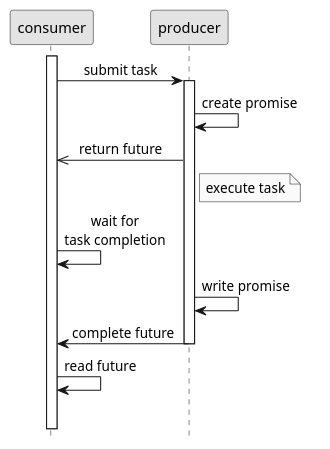
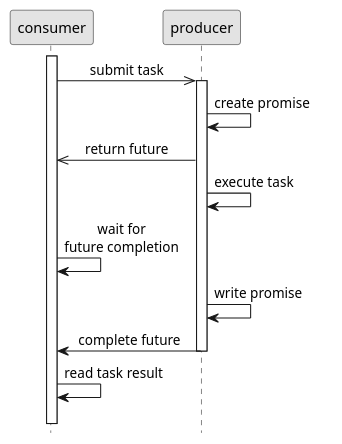
The diagram in doc/future and promise.puml (ti-cortex-m4/demo-java-completablefuture), drawn with PlantUML before and after one commit.

```diff
--- a/doc/future and promise.puml
+++ b/doc/future and promise.puml
@@ -1,22 +1,22 @@
 @startuml
 hide footbox
 skinparam monochrome true
 skinparam defaultFontName Source Sans Pro
 skinparam titleFontSize 15
 skinparam sequenceMessageAlign center
 
 activate consumer
-consumer->producer: submit task
+consumer->>producer: submit task
 activate producer
 producer->producer: create promise
 producer->>consumer: return future
-Note right of producer: execute task
-consumer->consumer: wait for\ntask completion
+producer->producer: execute task
+consumer->consumer: wait for\nfuture completion
 producer->producer: write promise
 producer->consumer: complete future
 deactivate producer
-consumer->consumer: read future
+consumer->consumer: read task result
 
-||14||
+||2||
 producer -[#white]->]
 @enduml
```
